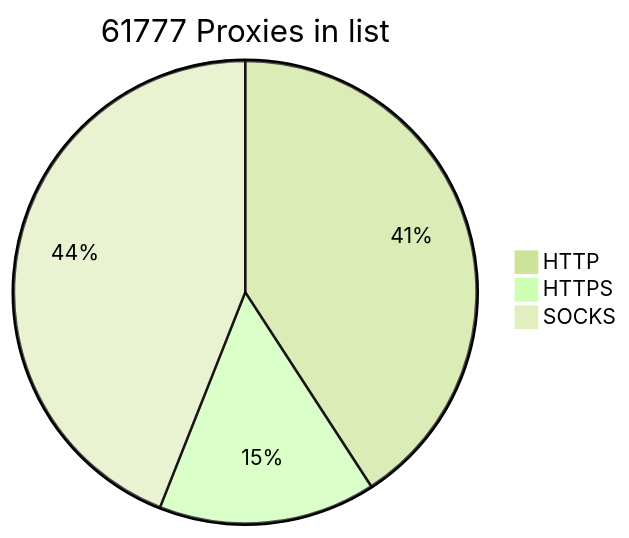
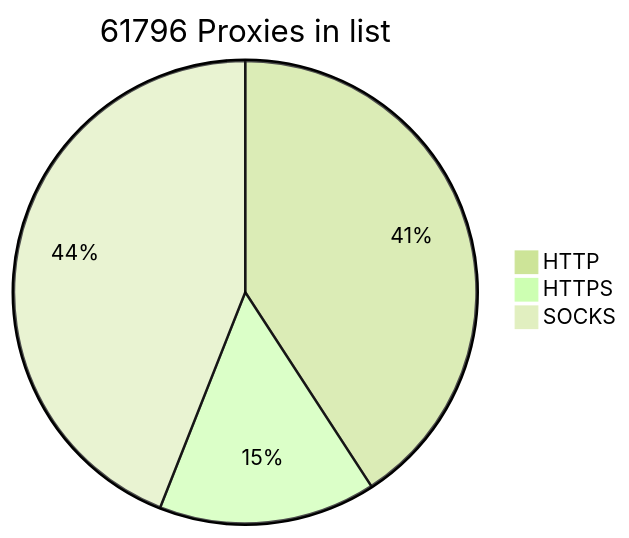
One commit to BlackSnowDot/proxylist-update-every-minute changed the diagram in README.md. Above: the diagram before and after it, drawn with Mermaid (forest theme).

````diff
--- a/README.md
+++ b/README.md
@@ -2,6 +2,6 @@
 ```mermaid
-pie title 61777 Proxies in list
+pie title 61796 Proxies in list
     "HTTP" : 28641
     "HTTPS": 10637
-    "SOCKS" : 30855
+    "SOCKS" : 30874
 ```
````
